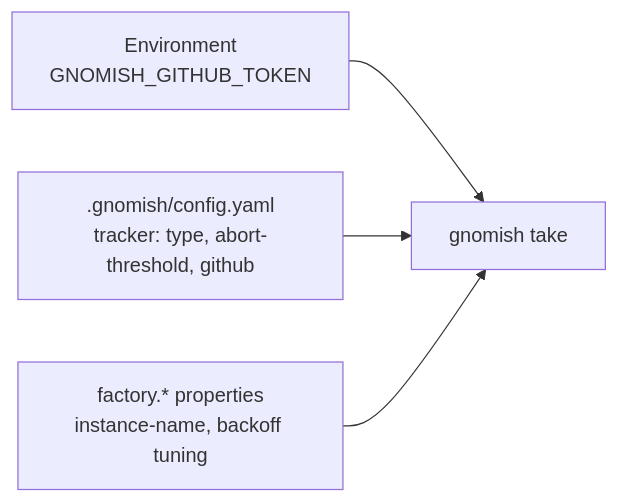
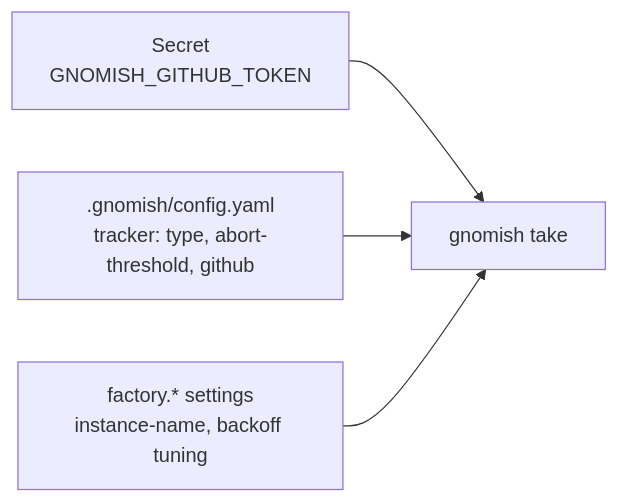
One commit to oinsio/gnomish-factory changed the first of 4 diagrams in docs/guides/operator-guide.md. Above: the diagram before and after it, drawn with Mermaid. The commit also changed other lines of this file and 410 other files, not shown here.

First line of the commit message:
feat(project): registry and levelled operator config under GNOMISH_HOME (#73)

````diff
--- a/docs/guides/operator-guide.md
+++ b/docs/guides/operator-guide.md
@@ -20,10 +109,10 @@
 ```mermaid
 flowchart LR
-    Env["Environment<br/>GNOMISH_GITHUB_TOKEN"]
+    Env["Secret<br/>GNOMISH_GITHUB_TOKEN"]
     ProjectConfig[".gnomish/config.yaml<br/>tracker: type, abort-threshold, github"]
-    FactoryConfig["factory.* properties<br/>instance-name, backoff tuning"]
+    FactoryConfig["factory.* settings<br/>instance-name, backoff tuning"]
 
     Env --> Take["gnomish take"]
     ProjectConfig --> Take
     FactoryConfig --> Take
 ```
````
